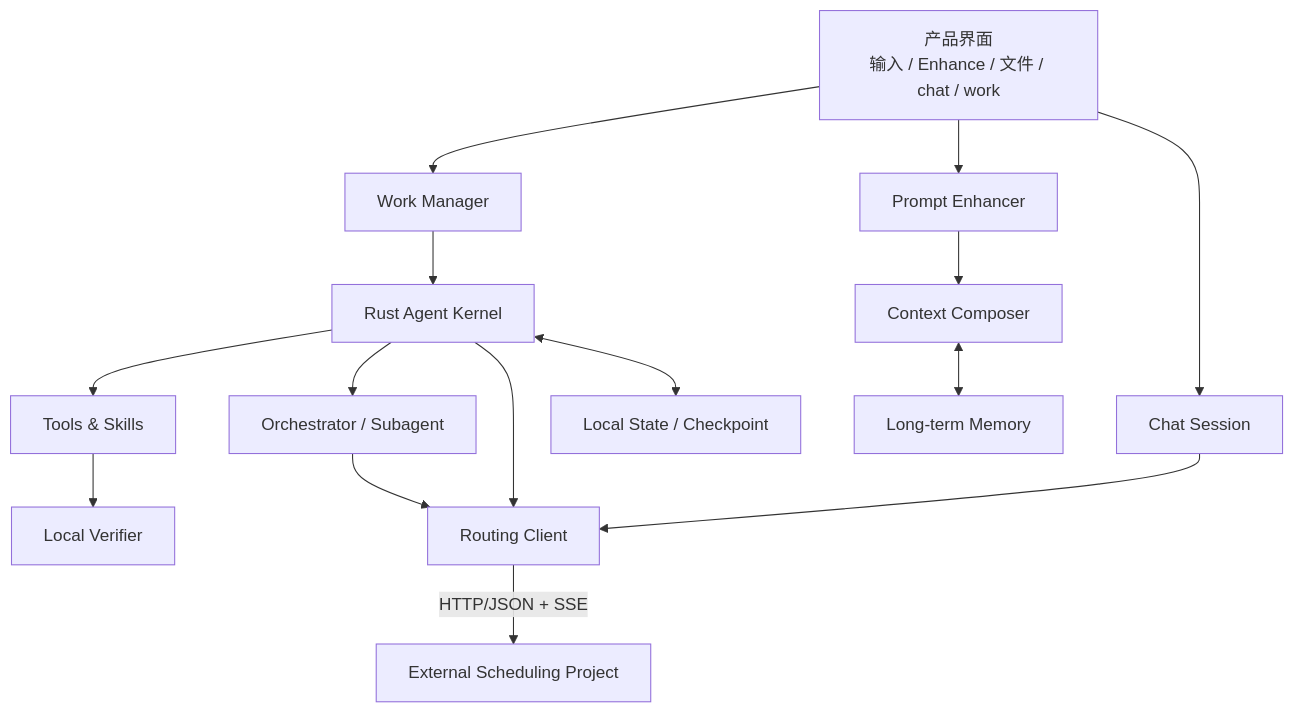
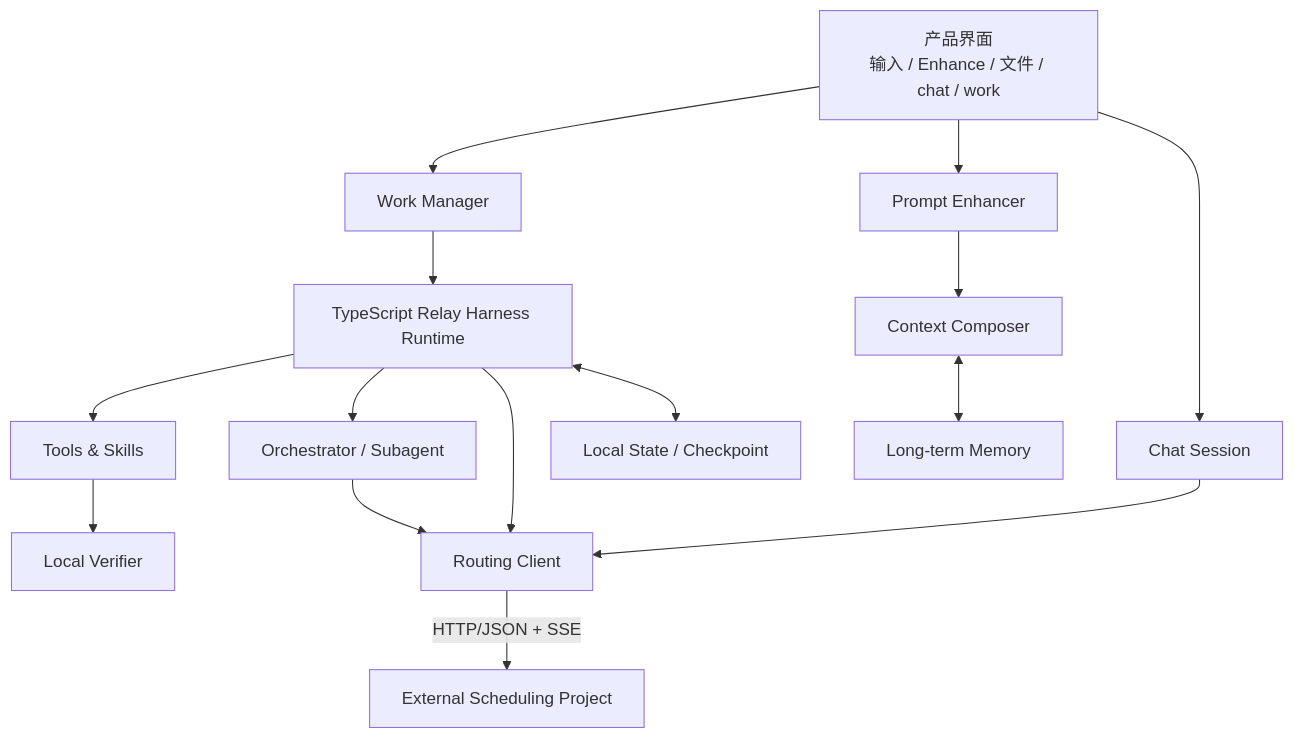
Before and after one commit to jyqj/relay-harness: the diagram in docs/agent/overview.md, drawn with Mermaid. The commit also changed 78 other files, not shown here.

````diff
--- a/docs/agent/overview.md
+++ b/docs/agent/overview.md
@@ -9,31 +9,31 @@
 ```mermaid
 flowchart TB
   UI["产品界面\n输入 / Enhance / 文件 / chat / work"]
   PE["Prompt Enhancer"]
   CC["Context Composer"]
   CHAT["Chat Session"]
   WORK["Work Manager"]
-  K["Rust Agent Kernel"]
+  K["TypeScript Relay Harness Runtime"]
   ORC["Orchestrator / Subagent"]
   TOOLS["Tools & Skills"]
   VERIFY["Local Verifier"]
   STATE["Local State / Checkpoint"]
   MEMORY["Long-term Memory"]
   ROUTE["Routing Client"]
   SCHED["External Scheduling Project"]
 
   UI --> PE
   PE --> CC
   UI --> CHAT
   UI --> WORK
   CHAT --> ROUTE
   WORK --> K
   K --> ORC
   K --> TOOLS
   TOOLS --> VERIFY
   K <--> STATE
   CC <--> MEMORY
   K --> ROUTE
   ORC --> ROUTE
   ROUTE -->|"HTTP/JSON + SSE"| SCHED
 ```
````
